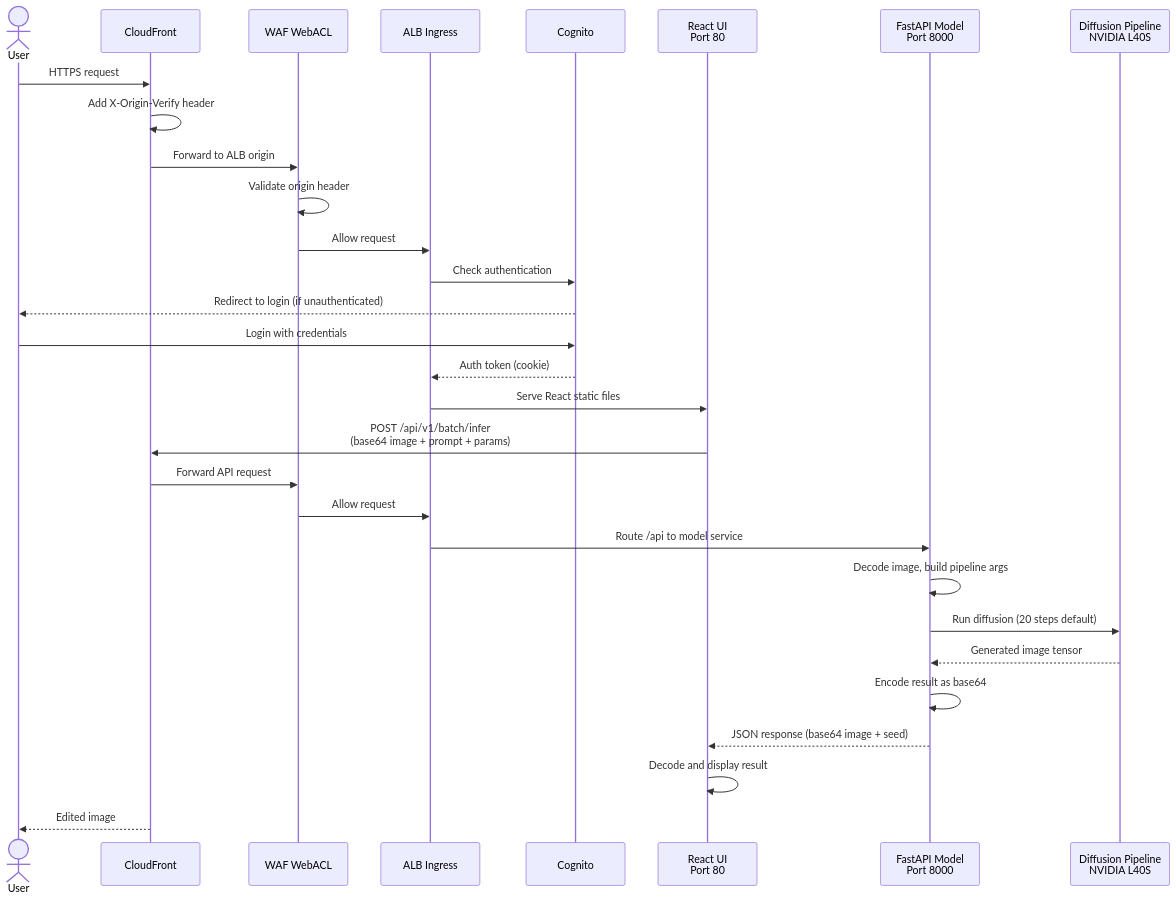
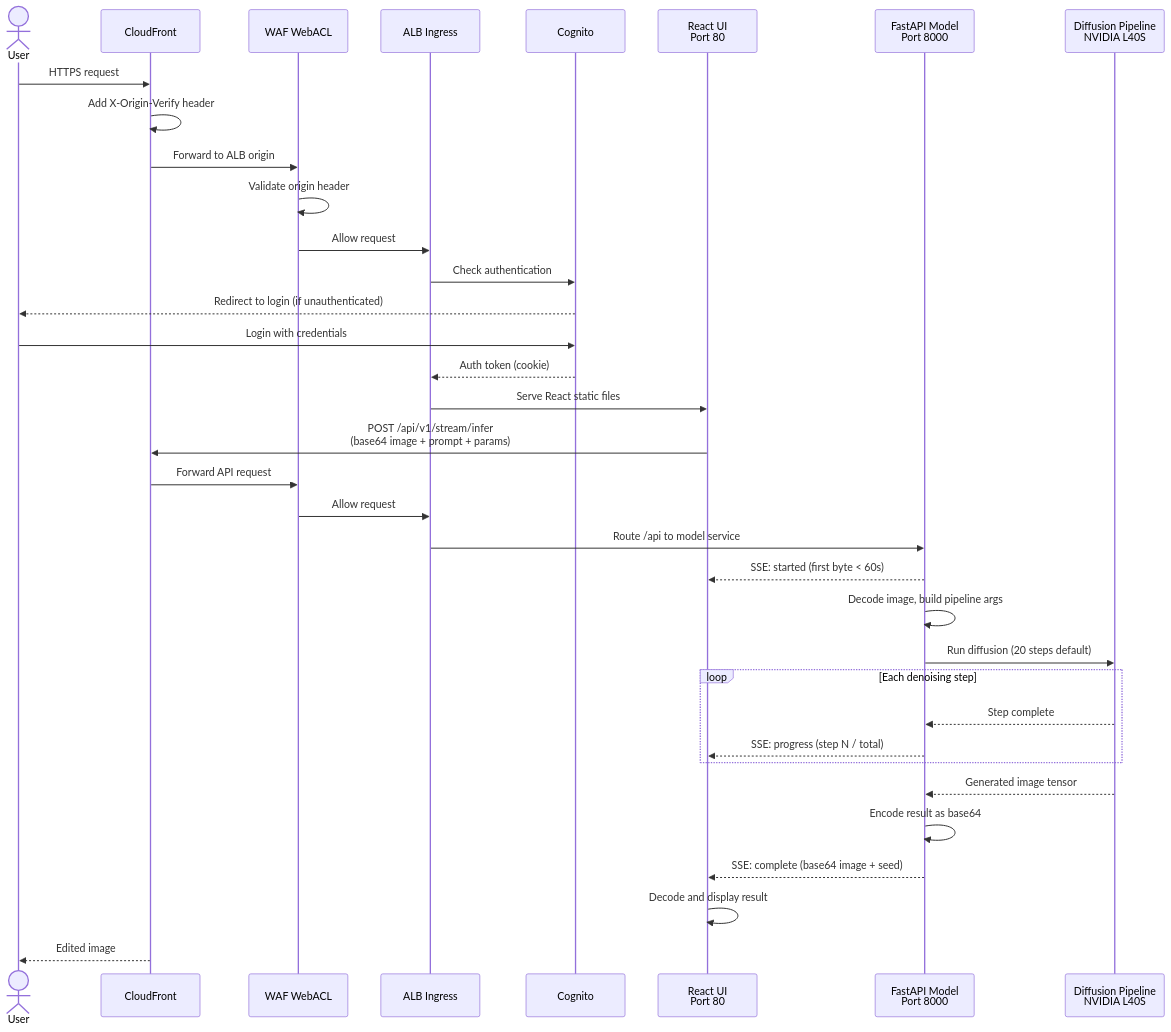
One commit to garystafford/qwen-image-edit-2511-eks-react changed the fourth of 5 diagrams in README.md. Above: the diagram before and after it, drawn with Mermaid. The commit also changed other lines of this file and 7 other files, not shown here.

````diff
--- a/README.md
+++ b/README.md
@@ -79,33 +79,38 @@
 ```mermaid
 sequenceDiagram
     actor User
     participant CF as CloudFront
     participant WAF as WAF WebACL
     participant ALB as ALB Ingress
     participant Cognito as Cognito
     participant UI as React UI<br/>Port 80
     participant API as FastAPI Model<br/>Port 8000
     participant GPU as Diffusion Pipeline<br/>NVIDIA L40S
 
     User->>CF: HTTPS request
     CF->>CF: Add X-Origin-Verify header
     CF->>WAF: Forward to ALB origin
     WAF->>WAF: Validate origin header
     WAF->>ALB: Allow request
     ALB->>Cognito: Check authentication
     Cognito-->>User: Redirect to login (if unauthenticated)
     User->>Cognito: Login with credentials
     Cognito-->>ALB: Auth token (cookie)
     ALB->>UI: Serve React static files
-    UI->>CF: POST /api/v1/batch/infer<br/>(base64 image + prompt + params)
+    UI->>CF: POST /api/v1/stream/infer<br/>(base64 image + prompt + params)
     CF->>WAF: Forward API request
     WAF->>ALB: Allow request
     ALB->>API: Route /api to model service
+    API-->>UI: SSE: started (first byte < 60s)
     API->>API: Decode image, build pipeline args
     API->>GPU: Run diffusion (20 steps default)
+    loop Each denoising step
+        GPU-->>API: Step complete
+        API-->>UI: SSE: progress (step N / total)
+    end
     GPU-->>API: Generated image tensor
     API->>API: Encode result as base64
-    API-->>UI: JSON response (base64 image + seed)
+    API-->>UI: SSE: complete (base64 image + seed)
     UI->>UI: Decode and display result
     CF-->>User: Edited image
 ```
````
